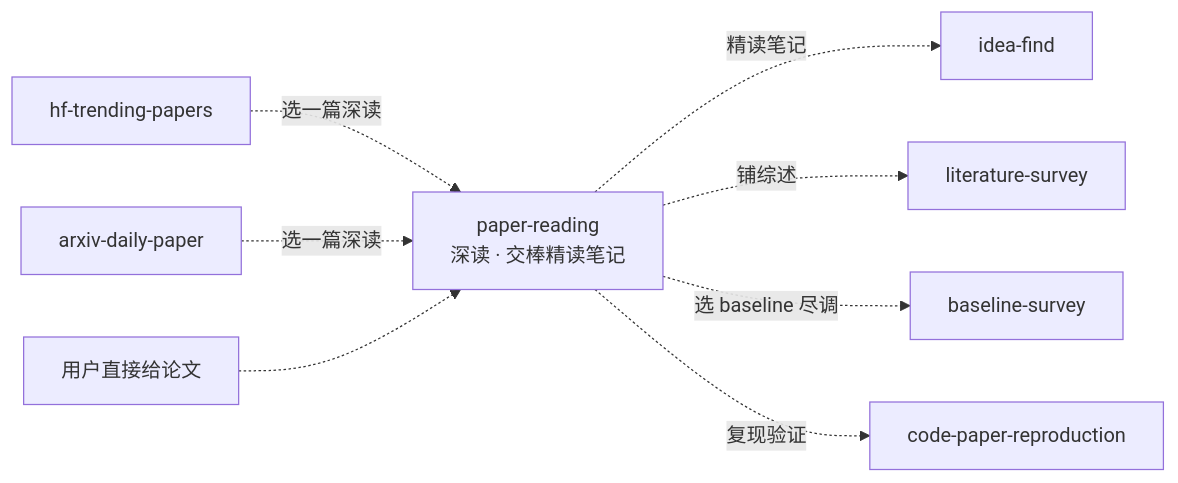
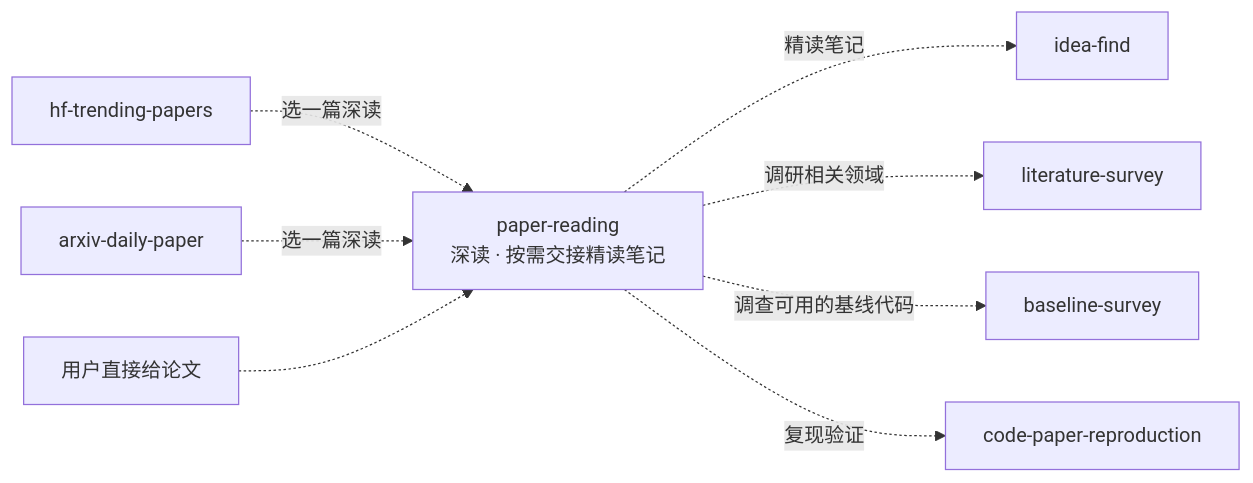
Before and after one commit to jackwang0108/dl-assistant: the first of 2 diagrams in plugins/dl-assistant/skills/paper-reading/SKILL.md, drawn with Mermaid. The commit also changed other lines of this file and 143 other files, not shown here.

````diff
--- a/plugins/dl-assistant/skills/paper-reading/SKILL.md
+++ b/plugins/dl-assistant/skills/paper-reading/SKILL.md
@@ -20,11 +20,11 @@
 ```mermaid
 flowchart LR
     HF[hf-trending-papers] -.->|选一篇深读| PR
     AD[arxiv-daily-paper] -.->|选一篇深读| PR
     USER["用户直接给论文"] -.-> PR
-    PR["paper-reading<br/>深读 · 交棒精读笔记"]
+    PR["paper-reading<br/>深读 · 按需交接精读笔记"]
     PR -.->|精读笔记| IF[idea-find]
-    PR -.->|铺综述| LS[literature-survey]
-    PR -.->|选 baseline 尽调| BS[baseline-survey]
+    PR -.->|调研相关领域| LS[literature-survey]
+    PR -.->|调查可用的基线代码| BS[baseline-survey]
     PR -.->|复现验证| CPR[code-paper-reproduction]
 ```
````
